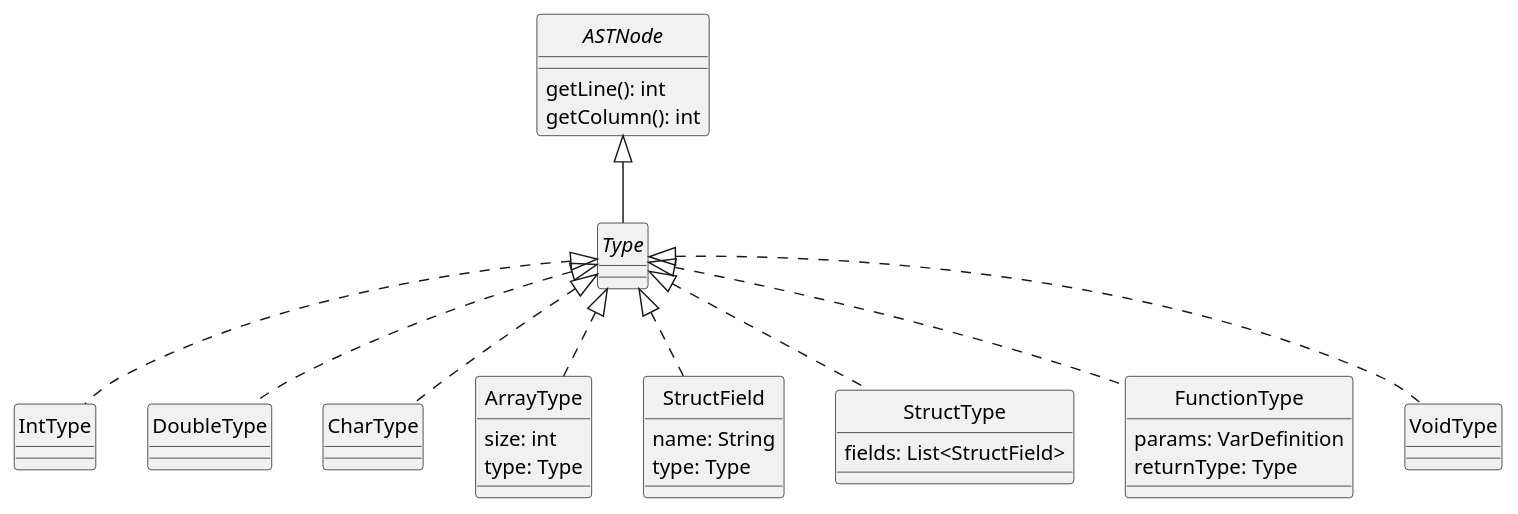
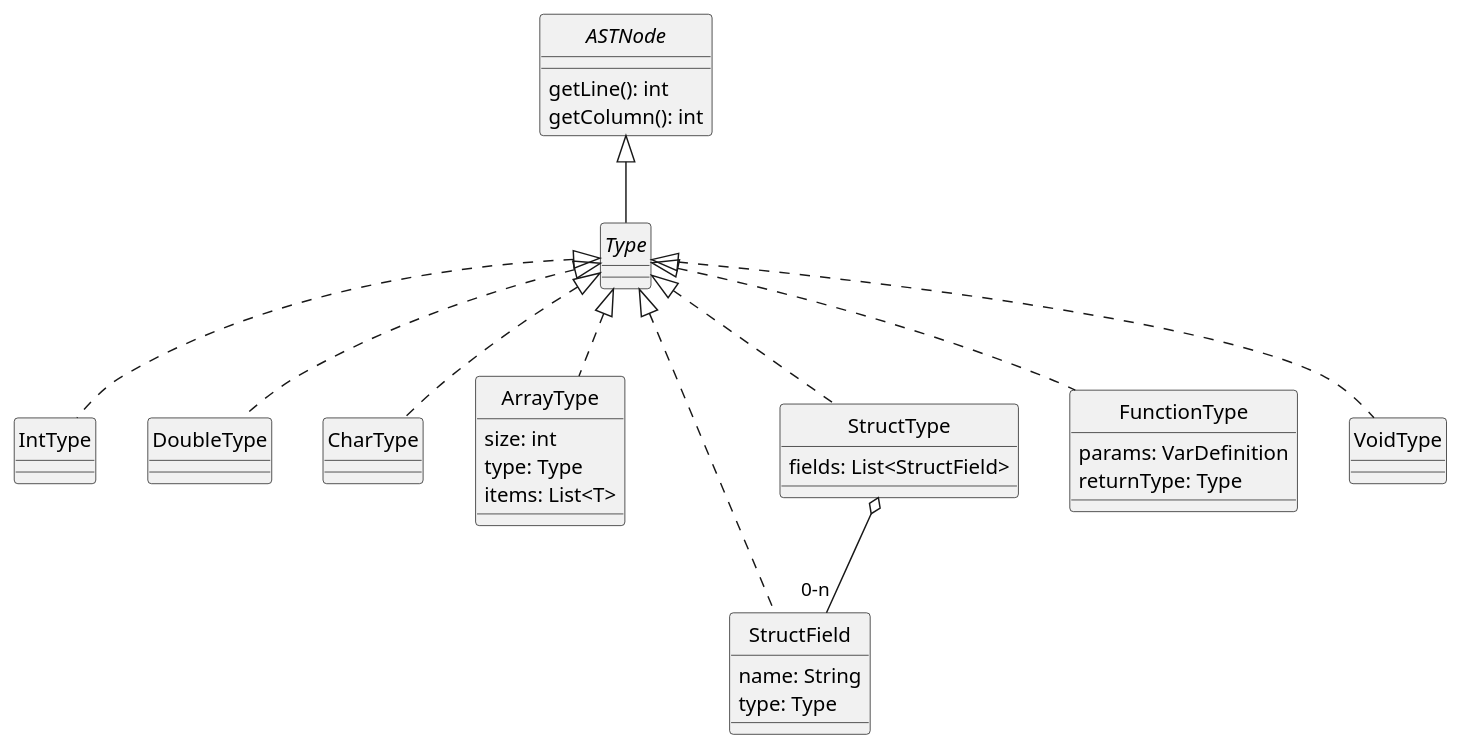
Before and after one commit to DavidGonzalezFernandez/dlp-compiler: the diagram in docs/diagrams/types.plantuml, drawn with PlantUML.

Commit message:
Añado nuevo campo a ArrayType

```diff
--- a/docs/diagrams/types.plantuml
+++ b/docs/diagrams/types.plantuml
@@ -1,62 +1,64 @@
 @startuml Types
 skinparam style strictuml
 skinparam monochrome true
 
 interface ASTNode {
     getLine(): int
     getColumn(): int
 }
 
 interface Type
 
 ASTNode <|-- Type
 
 'Los tipos simples son: int, double, char
 Type <|.. IntType
 class IntType
 
 class DoubleType
 Type <|.. DoubleType
 
 class CharType
 Type <|.. CharType
 
 
 ' Los tipos complejos son Arrays y Structs
 
 /' Los arrays pueden ser creados usando [] para construir un tipo nuevo,
 debiendo especificar el tamaño del array, previo a su tipo, en su construcción '/
 class ArrayType {
     size: int
     type: Type
+    items: List<T>
 }
 Type <|.. ArrayType
 
 
 class StructField {
     name: String
     type: Type
 }
 Type <|.. StructField
 
 
 ' Un registro se puede crear usando la palabra clave defstruct y definiendo una secuencia de variables
 class StructType {
     fields: List<StructField>   /'¿Por qué este tipo concreto?'/
 }
 Type <|.. StructType
+StructType o-- "0-n" StructField
 
 
 class FunctionType {
     params: VarDefinition
     returnType: Type    /'Sólo se devuelven tipos simples'/
 }
 Type <|.. FunctionType
 
 
 ' Las funciones tienen un tipo de retorno, pero pueden no devolver nada
 ' Se necesita el tipo Void
 class VoidType
 Type <|.. VoidType
 
 @enduml
```
